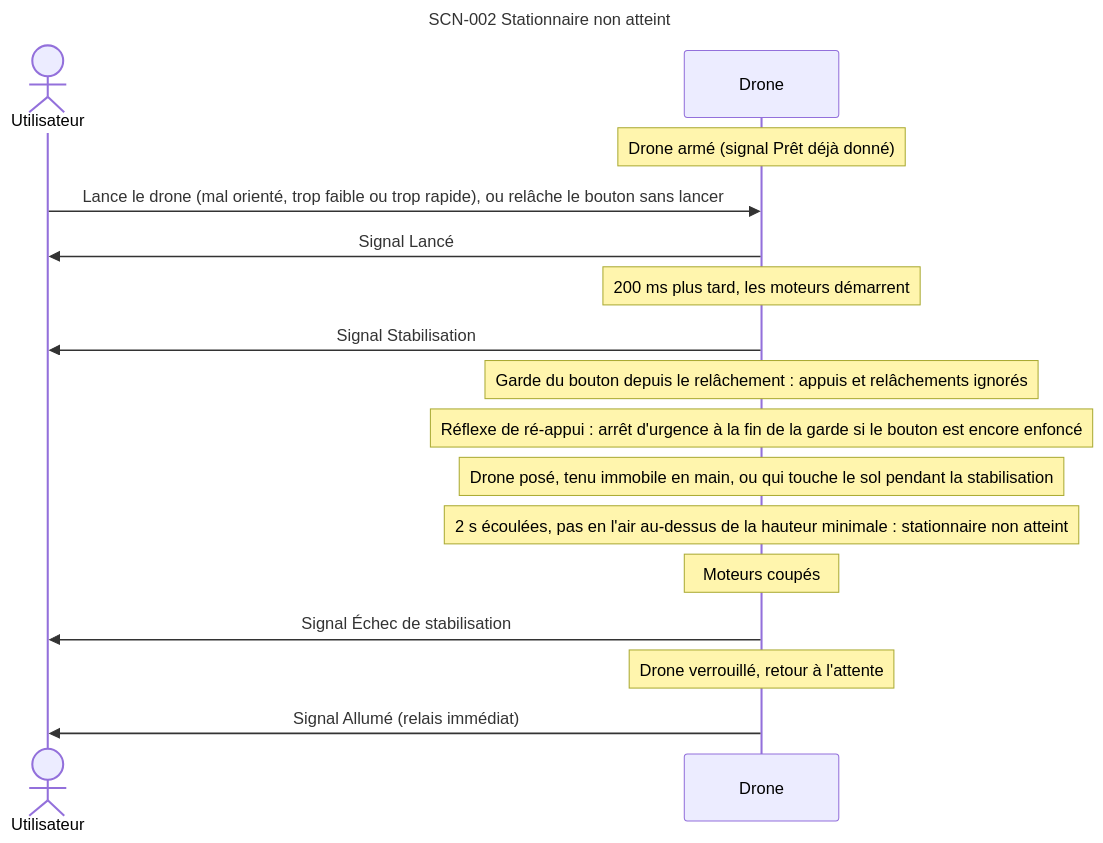
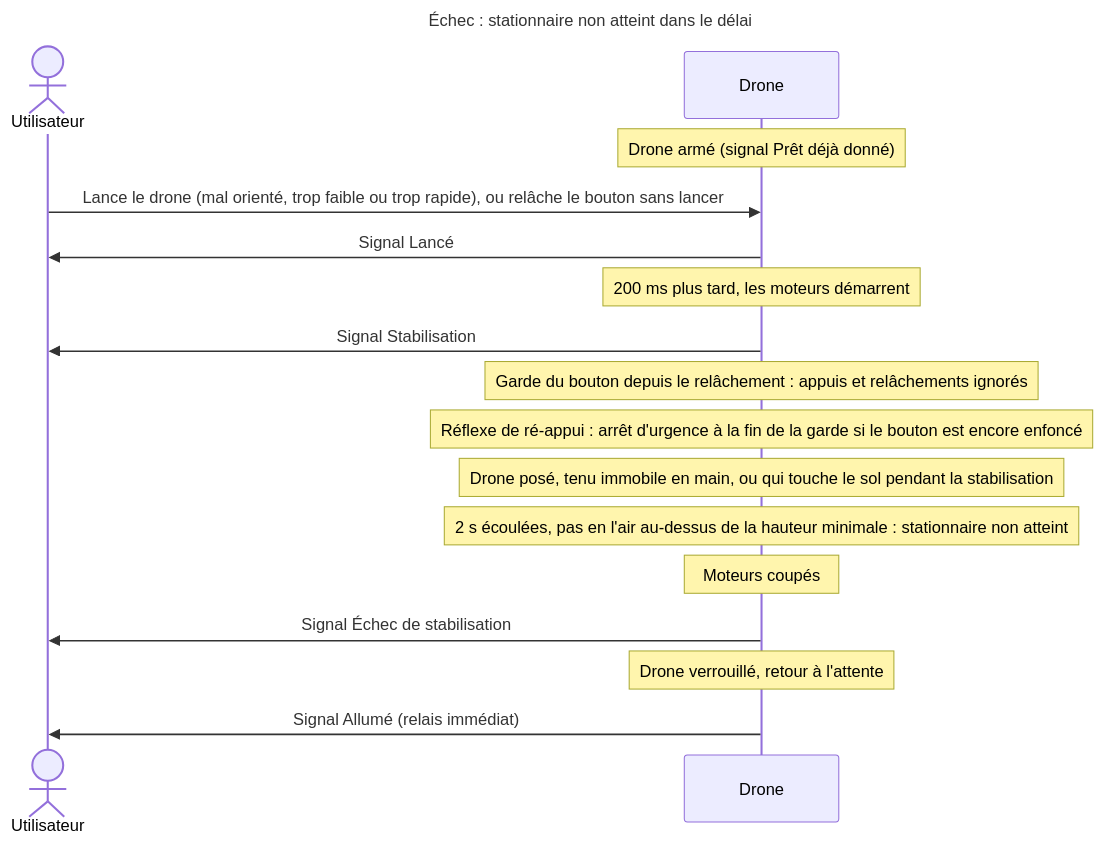
One commit to thourymatthieu-png/coworker_archi_system changed the sixth of 15 diagrams in projets/boomrone/00-scenarios.md. Above: the diagram before and after it, drawn with Mermaid. The commit also changed other lines of this file and 6 other files, not shown here.

````diff
--- a/projets/boomrone/00-scenarios.md
+++ b/projets/boomrone/00-scenarios.md
@@ -387,21 +451,21 @@
 ```mermaid
 ---
-title: "SCN-002 Stationnaire non atteint"
+title: "Échec : stationnaire non atteint dans le délai"
 ---
 sequenceDiagram
     actor U as Utilisateur
     participant D as Drone
     Note over D: Drone armé (signal Prêt déjà donné)
     U->>D: Lance le drone (mal orienté, trop faible ou trop rapide), ou relâche le bouton sans lancer
     D->>U: Signal Lancé
     Note over D: 200 ms plus tard, les moteurs démarrent
     D->>U: Signal Stabilisation
     Note over D: Garde du bouton depuis le relâchement : appuis et relâchements ignorés
     Note over D: Réflexe de ré-appui : arrêt d'urgence à la fin de la garde si le bouton est encore enfoncé
     Note over D: Drone posé, tenu immobile en main, ou qui touche le sol pendant la stabilisation
     Note over D: 2 s écoulées, pas en l'air au-dessus de la hauteur minimale : stationnaire non atteint
     Note over D: Moteurs coupés
     D->>U: Signal Échec de stabilisation
     Note over D: Drone verrouillé, retour à l'attente
     D->>U: Signal Allumé (relais immédiat)
 ```
````
